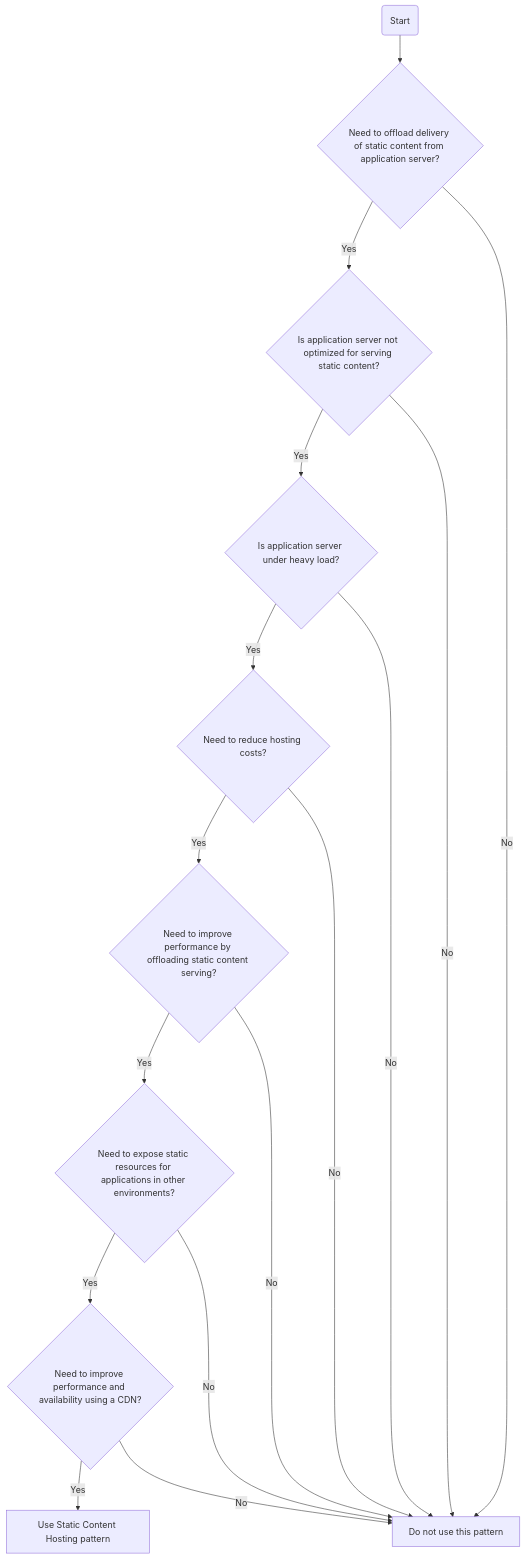
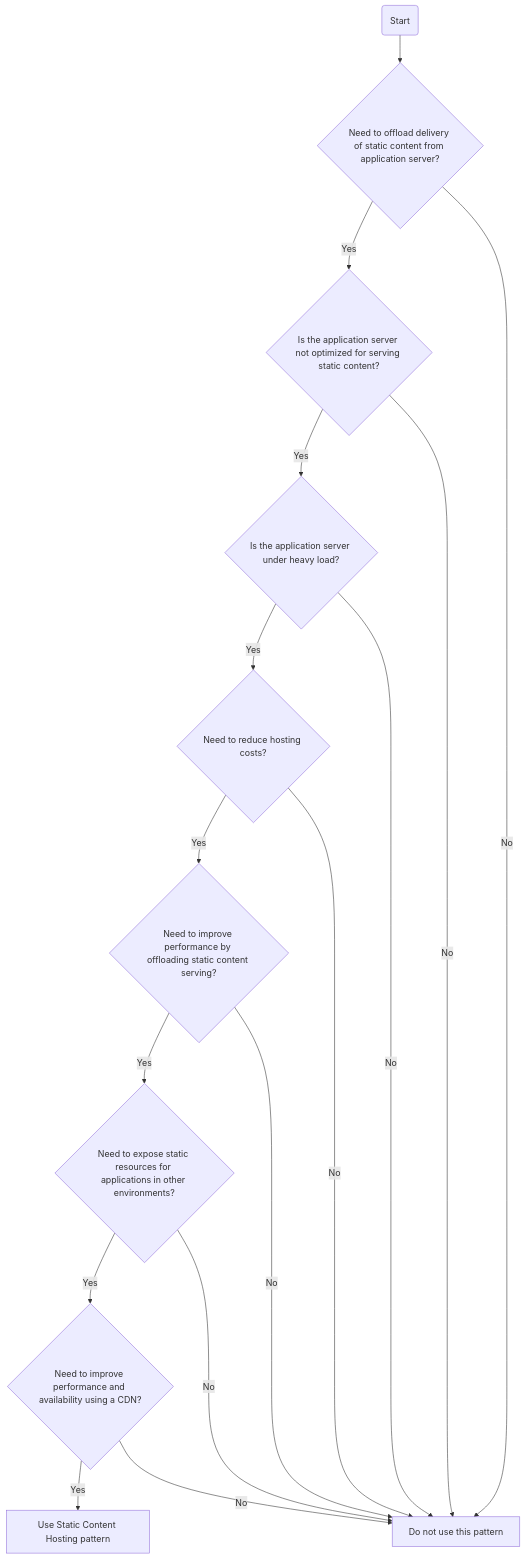
The fourth of 20 diagrams in blog/2024-05-26-cloud-design-patterns/index.mdx (lukemurraynz/lukemurraynz.github.io), drawn with Mermaid before and after one commit. The commit also changed other lines of this file, not shown here.

````diff
--- a/blog/2024-05-26-cloud-design-patterns/index.mdx
+++ b/blog/2024-05-26-cloud-design-patterns/index.mdx
@@ -332,18 +332,18 @@
 ```mermaid
 graph TB
   Start(Start) --> NeedToOffload{Need to offload delivery of static content from application server?}
-  NeedToOffload -- Yes --> ServerNotOptimized{Is application server not optimized for serving static content?}
+  NeedToOffload -- Yes --> ServerNotOptimized{Is the application server not optimized for serving static content?}
   NeedToOffload -- No --> DoNotUsePattern[Do not use this pattern]
-  ServerNotOptimized -- Yes --> HeavyLoad{Is application server under heavy load?}
+  ServerNotOptimized -- Yes --> HeavyLoad{Is the application server under heavy load?}
   ServerNotOptimized -- No --> DoNotUsePattern
   HeavyLoad -- Yes --> ReduceHostingCosts{Need to reduce hosting costs?}
   HeavyLoad -- No --> DoNotUsePattern
   ReduceHostingCosts -- Yes --> ImprovePerformance{Need to improve performance by offloading static content serving?}
   ReduceHostingCosts -- No --> DoNotUsePattern
   ImprovePerformance -- Yes --> ExposeResources{Need to expose static resources for applications in other environments?}
   ImprovePerformance -- No --> DoNotUsePattern
   ExposeResources -- Yes --> UseCDN{Need to improve performance and availability using a CDN?}
   ExposeResources -- No --> DoNotUsePattern
   UseCDN -- Yes --> UsePattern[Use Static Content Hosting pattern]
   UseCDN -- No --> DoNotUsePattern
 ```
````
